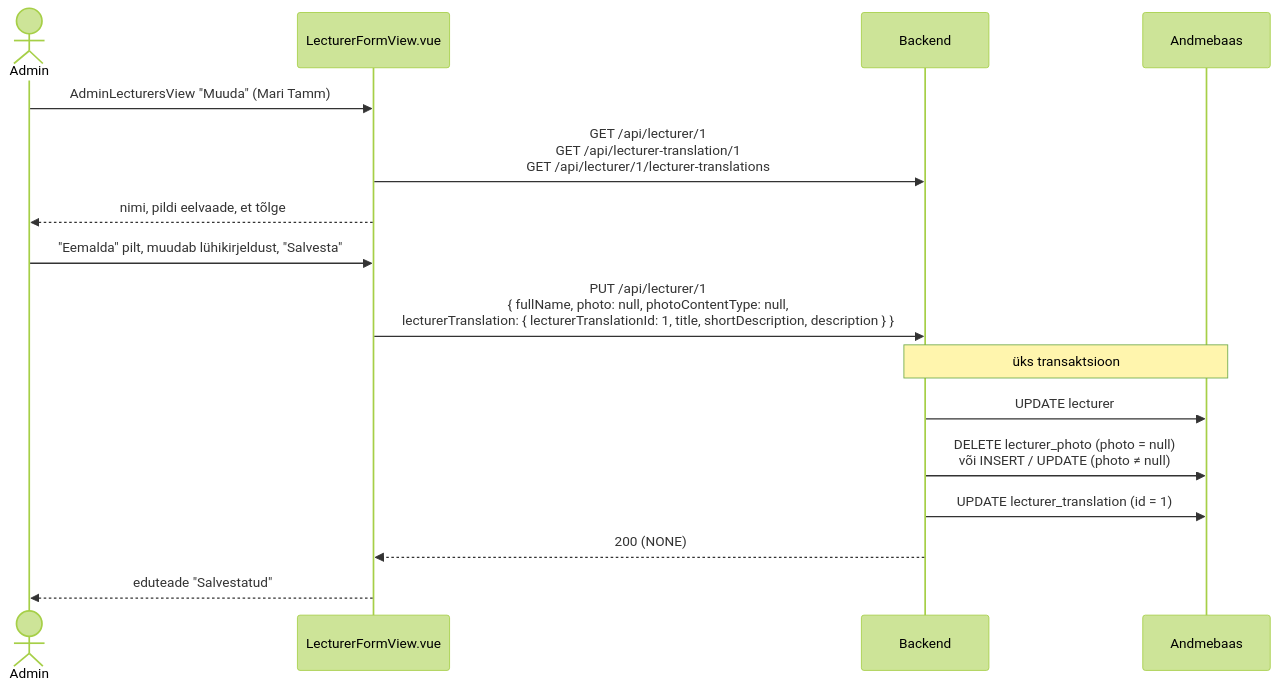
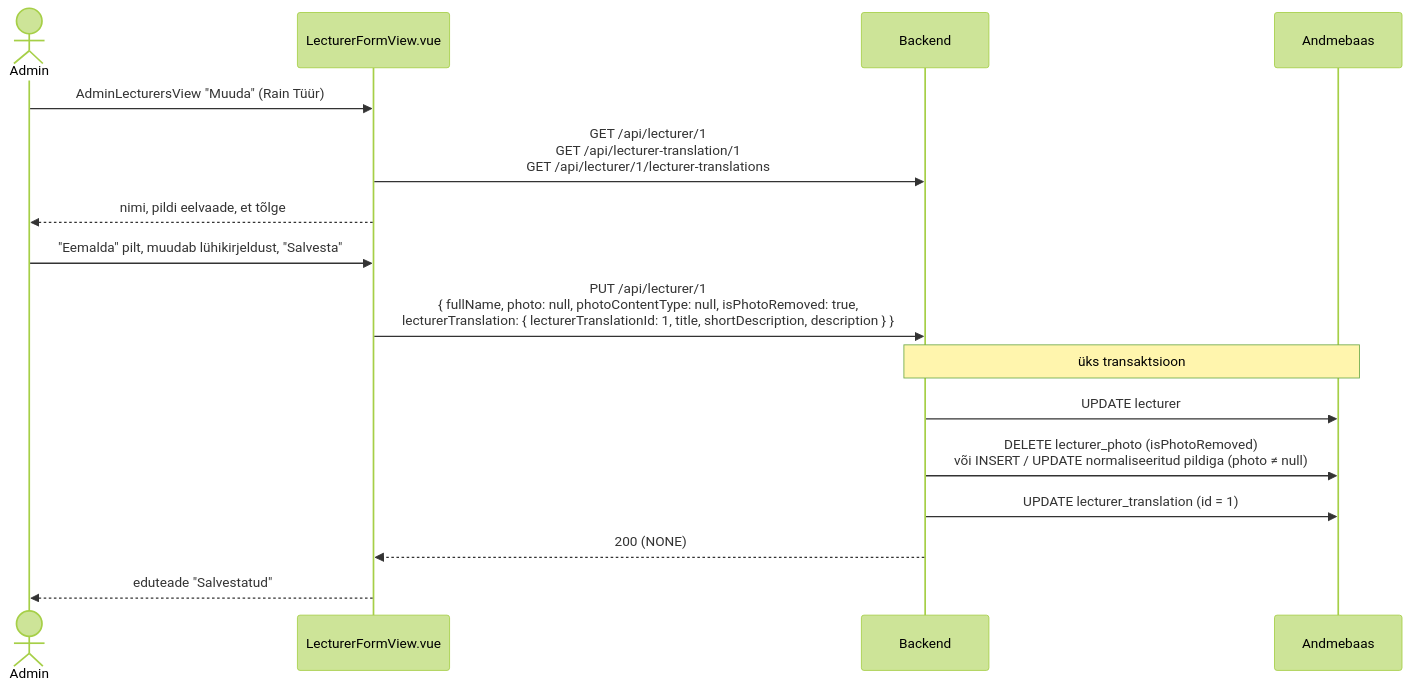
One commit to FredLehing/bcs-koolitused changed the fourth of 5 diagrams in docs/mock-wireframe/loo-mock-vaade/admin-lecturers-view/admin-lecturers-view-skeemid.md. Above: the diagram before and after it, drawn with Mermaid (forest theme). The commit also changed other lines of this file and 48 other files, not shown here.

````diff
--- a/docs/mock-wireframe/loo-mock-vaade/admin-lecturers-view/admin-lecturers-view-skeemid.md
+++ b/docs/mock-wireframe/loo-mock-vaade/admin-lecturers-view/admin-lecturers-view-skeemid.md
@@ -343,20 +426,20 @@
 ```mermaid
 sequenceDiagram
     actor Admin
     participant FE as LecturerFormView.vue
     participant BE as Backend
     participant DB as Andmebaas
 
-    Admin->>FE: AdminLecturersView "Muuda" (Mari Tamm)
+    Admin->>FE: AdminLecturersView "Muuda" (Rain Tüür)
     FE->>BE: GET /api/lecturer/1<br/>GET /api/lecturer-translation/1<br/>GET /api/lecturer/1/lecturer-translations
     FE-->>Admin: nimi, pildi eelvaade, et tõlge
 
     Admin->>FE: "Eemalda" pilt, muudab lühikirjeldust, "Salvesta"
-    FE->>BE: PUT /api/lecturer/1<br/>{ fullName, photo: null, photoContentType: null,<br/>lecturerTranslation: { lecturerTranslationId: 1, title, shortDescription, description } }
+    FE->>BE: PUT /api/lecturer/1<br/>{ fullName, photo: null, photoContentType: null, isPhotoRemoved: true,<br/>lecturerTranslation: { lecturerTranslationId: 1, title, shortDescription, description } }
     Note over BE,DB: üks transaktsioon
     BE->>DB: UPDATE lecturer
-    BE->>DB: DELETE lecturer_photo (photo = null)<br/>või INSERT / UPDATE (photo ≠ null)
+    BE->>DB: DELETE lecturer_photo (isPhotoRemoved)<br/>või INSERT / UPDATE normaliseeritud pildiga (photo ≠ null)
     BE->>DB: UPDATE lecturer_translation (id = 1)
     BE-->>FE: 200 (NONE)
     FE-->>Admin: eduteade "Salvestatud"
 ```
````
